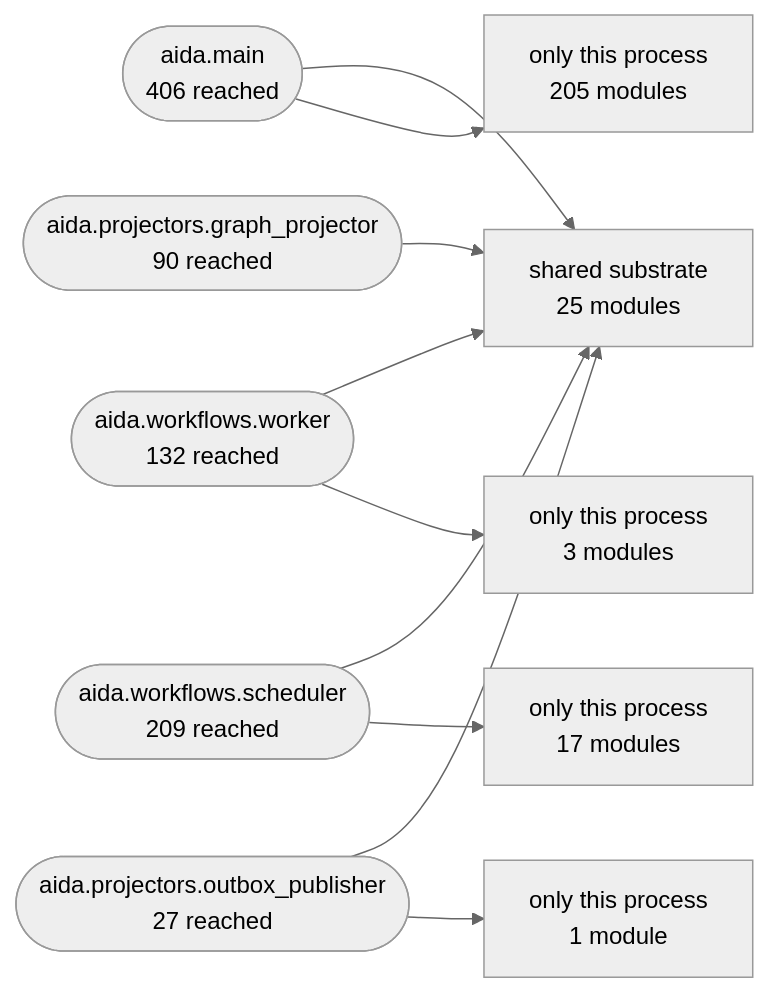
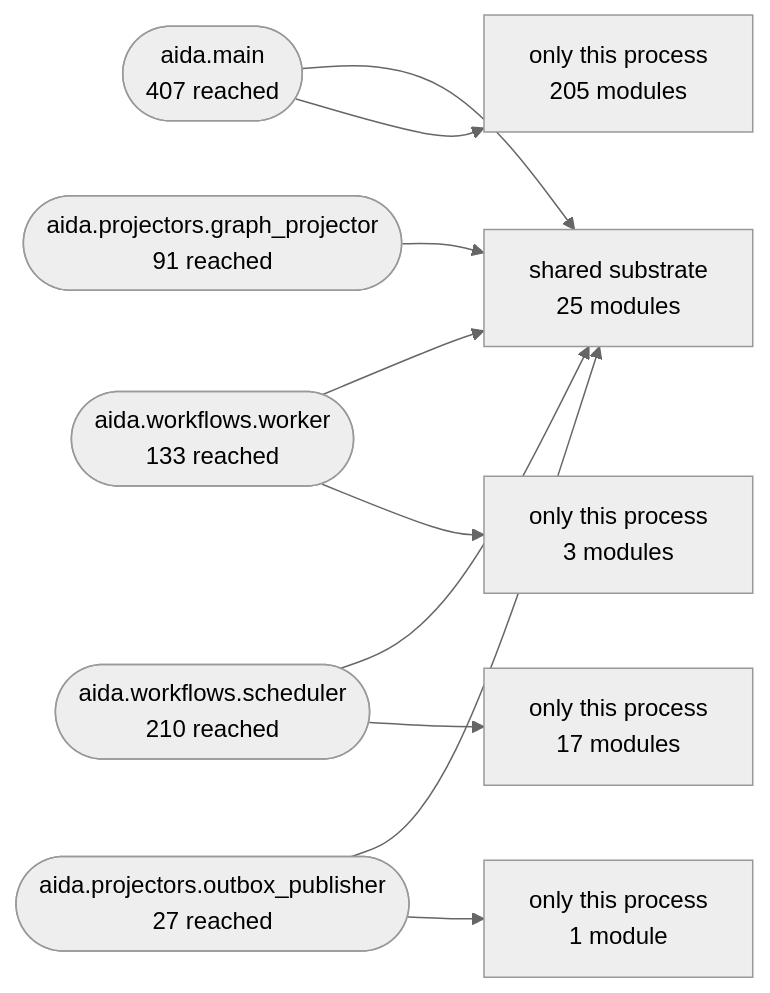
The second of 3 diagrams in Docs/10-architecture/14-generated-architecture-map.md (karuppusamym/AIDataAnalyst), drawn with Mermaid (neutral theme) before and after one commit. The commit also changed other lines of this file and 11 other files, not shown here.

````diff
--- a/Docs/10-architecture/14-generated-architecture-map.md
+++ b/Docs/10-architecture/14-generated-architecture-map.md
@@ -178,22 +179,22 @@
 ```mermaid
 graph LR
   shared["shared substrate<br/>25 modules"]
-  aida_main(["aida.main<br/>406 reached"])
-  aida_workflows_worker(["aida.workflows.worker<br/>132 reached"])
-  aida_workflows_scheduler(["aida.workflows.scheduler<br/>209 reached"])
-  aida_projectors_graph_projector(["aida.projectors.graph_projector<br/>90 reached"])
+  aida_main(["aida.main<br/>407 reached"])
+  aida_workflows_worker(["aida.workflows.worker<br/>133 reached"])
+  aida_workflows_scheduler(["aida.workflows.scheduler<br/>210 reached"])
+  aida_projectors_graph_projector(["aida.projectors.graph_projector<br/>91 reached"])
   aida_projectors_outbox_publisher(["aida.projectors.outbox_publisher<br/>27 reached"])
   aida_main --> shared
   only_aida_main["only this process<br/>205 modules"]
   aida_main --> only_aida_main
   aida_workflows_worker --> shared
   only_aida_workflows_worker["only this process<br/>3 modules"]
   aida_workflows_worker --> only_aida_workflows_worker
   aida_workflows_scheduler --> shared
   only_aida_workflows_scheduler["only this process<br/>17 modules"]
   aida_workflows_scheduler --> only_aida_workflows_scheduler
   aida_projectors_graph_projector --> shared
   aida_projectors_outbox_publisher --> shared
   only_aida_projectors_outbox_publisher["only this process<br/>1 module"]
   aida_projectors_outbox_publisher --> only_aida_projectors_outbox_publisher
 ```
````
